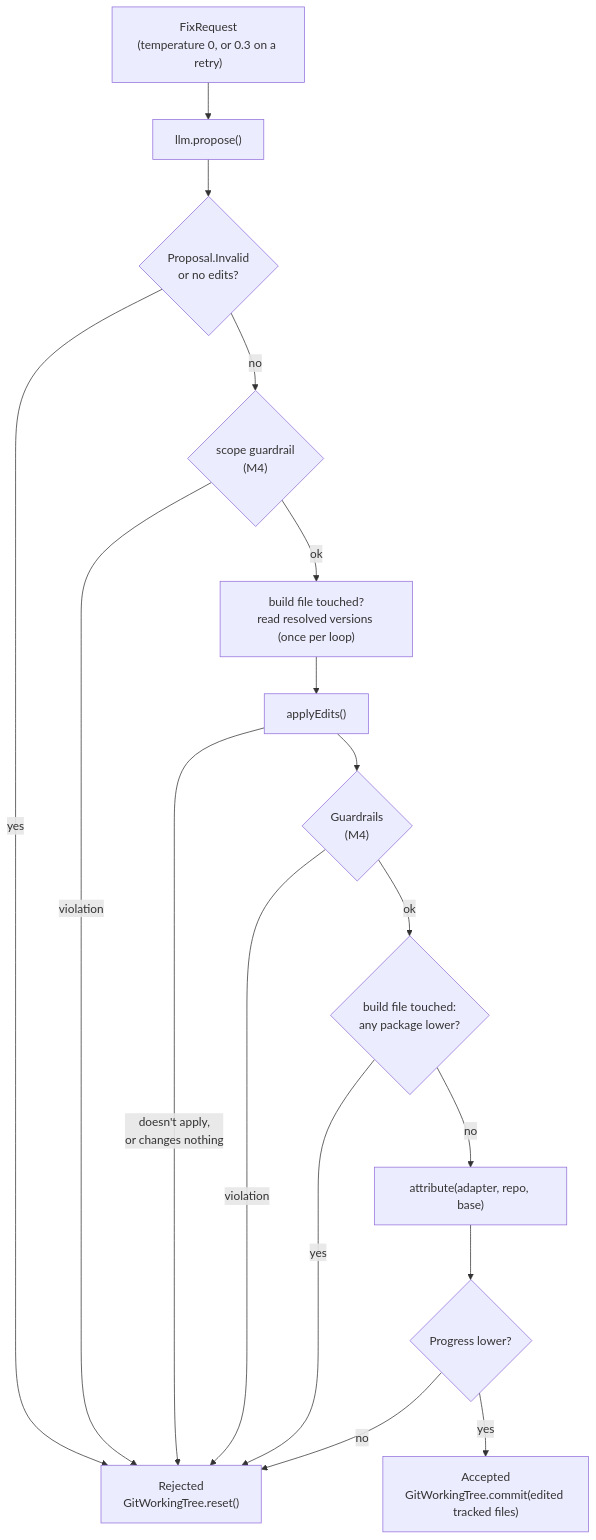
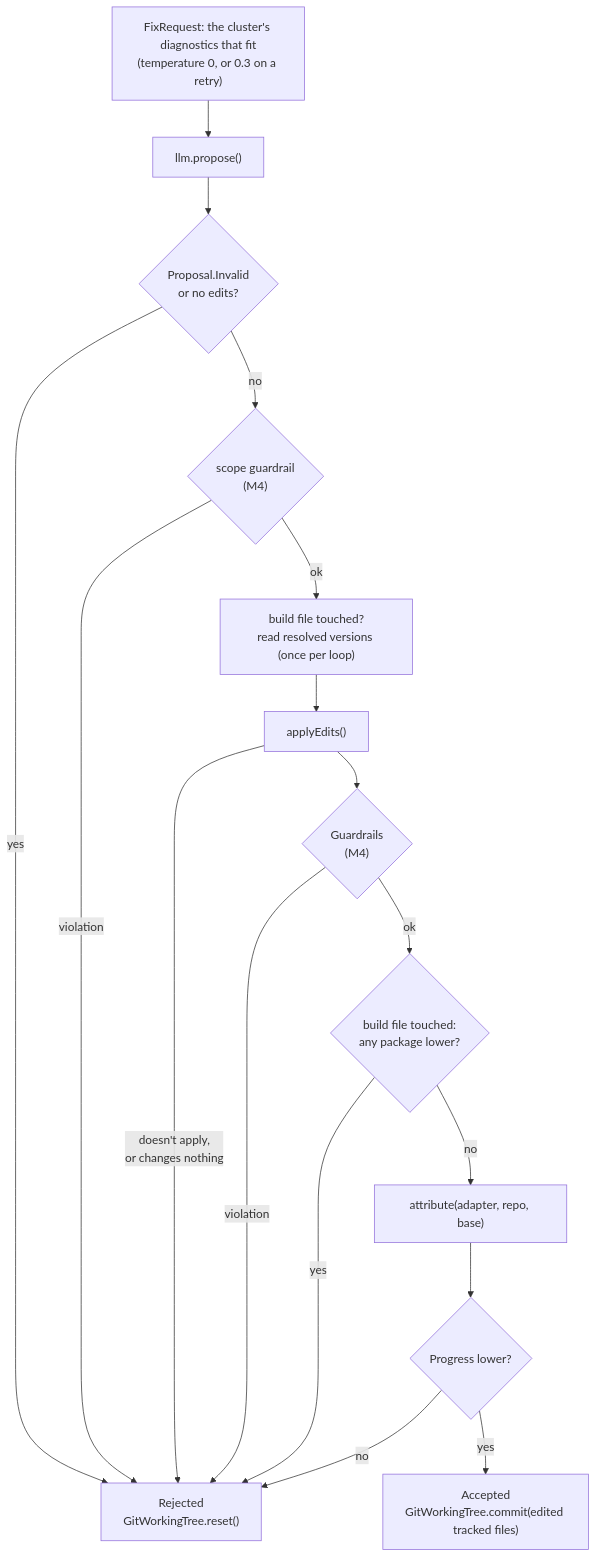
Before and after one commit to danvan86/lector-ai: the fourth of 4 diagrams in docs/architecture/fix-loop.md, drawn with Mermaid. The commit also changed other lines of this file and 6 other files, not shown here.

First line of the commit message:
docs(architecture): the benchmark, and the fix loop's requests that fit

````diff
--- a/docs/architecture/fix-loop.md
+++ b/docs/architecture/fix-loop.md
@@ -106,19 +106,19 @@
 ```mermaid
 flowchart TB
-    req["FixRequest<br/>(temperature 0, or 0.3 on a retry)"] --> propose["llm.propose()"]
+    req["FixRequest: the cluster's diagnostics that fit<br/>(temperature 0, or 0.3 on a retry)"] --> propose["llm.propose()"]
     propose --> invalid{"Proposal.Invalid<br/>or no edits?"}
     invalid -- yes --> rej["Rejected<br/>GitWorkingTree.reset()"]
     invalid -- no --> scope{"scope guardrail<br/>(M4)"}
     scope -- violation --> rej
     scope -- ok --> before["build file touched?<br/>read resolved versions (once per loop)"]
     before --> apply["applyEdits()"]
     apply -- "doesn't apply,<br/>or changes nothing" --> rej
     apply --> guard{"Guardrails<br/>(M4)"}
     guard -- violation --> rej
     guard -- ok --> down{"build file touched:<br/>any package lower?"}
     down -- yes --> rej
     down -- no --> verify["attribute(adapter, repo, base)"]
     verify --> prog{"Progress lower?"}
     prog -- no --> rej
     prog -- yes --> acc["Accepted<br/>GitWorkingTree.commit(edited tracked files)"]
 ```
````
